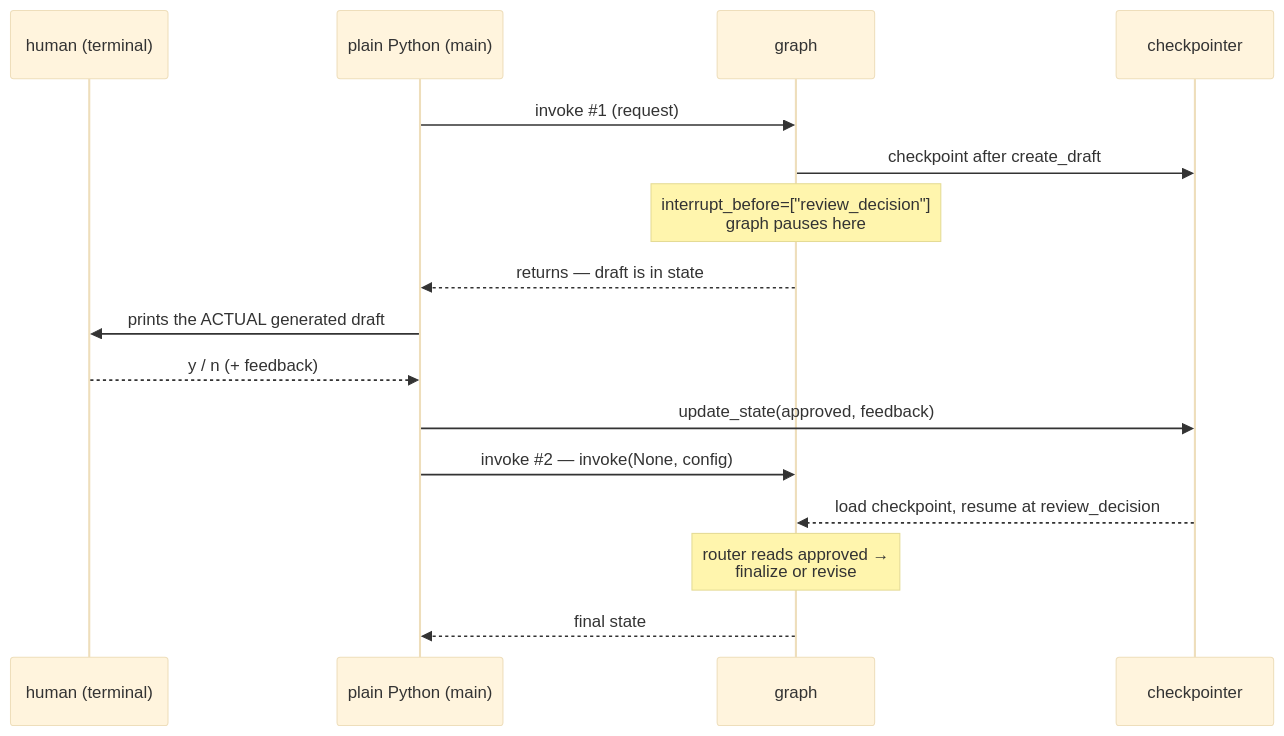
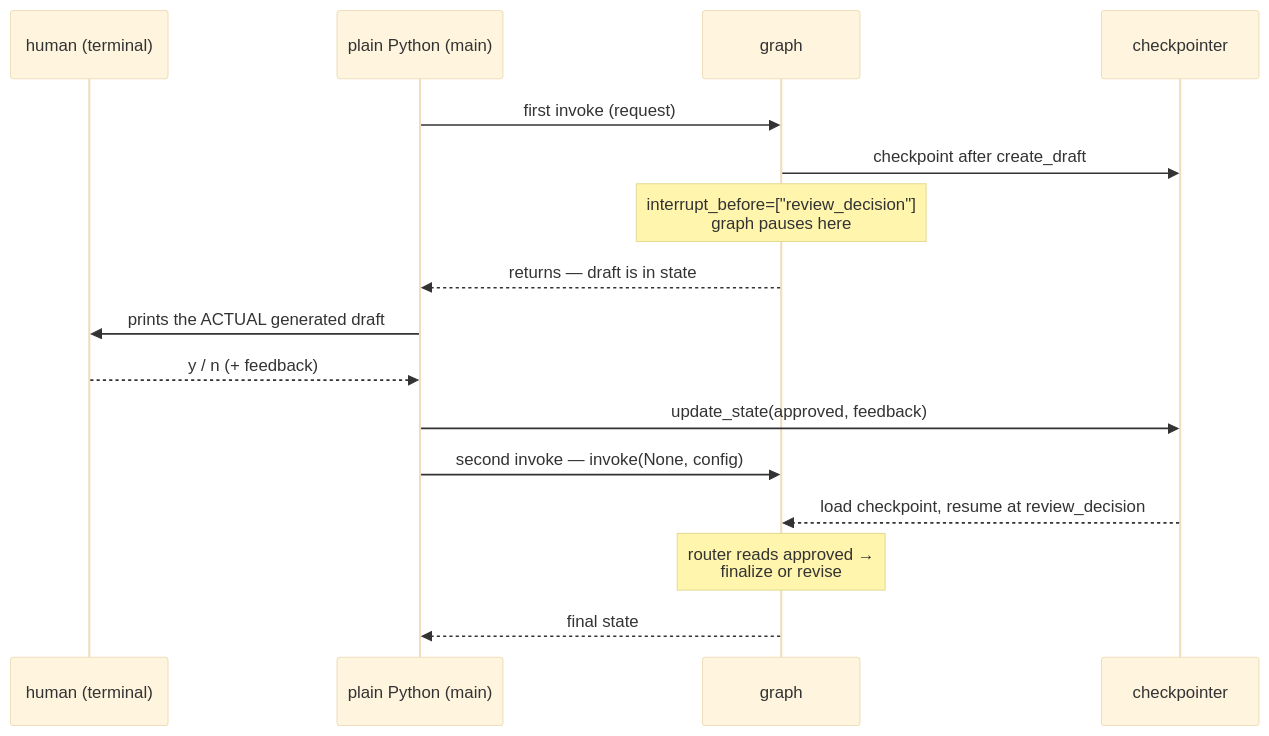
Before and after one commit to Walid-Ahmed/langgraph-tutorials: the fifth of 5 diagrams in 7-Checkpointing/README.md, drawn with Mermaid (base theme). The commit also changed other lines of this file, not shown here.

````diff
--- a/7-Checkpointing/README.md
+++ b/7-Checkpointing/README.md
@@ -390,18 +459,18 @@
 ```mermaid
 sequenceDiagram
     participant H as human (terminal)
     participant P as plain Python (main)
     participant G as graph
     participant C as checkpointer
-    P->>G: invoke #35;1 (request)
+    P->>G: first invoke (request)
     G->>C: checkpoint after create_draft
     Note over G: interrupt_before=["review_decision"]<br/>graph pauses here
     G-->>P: returns — draft is in state
     P->>H: prints the ACTUAL generated draft
     H-->>P: y / n (+ feedback)
     P->>C: update_state(approved, feedback)
-    P->>G: invoke #35;2 — invoke(None, config)
+    P->>G: second invoke — invoke(None, config)
     C-->>G: load checkpoint, resume at review_decision
     Note over G: router reads approved →<br/>finalize or revise
     G-->>P: final state
 ```
````
